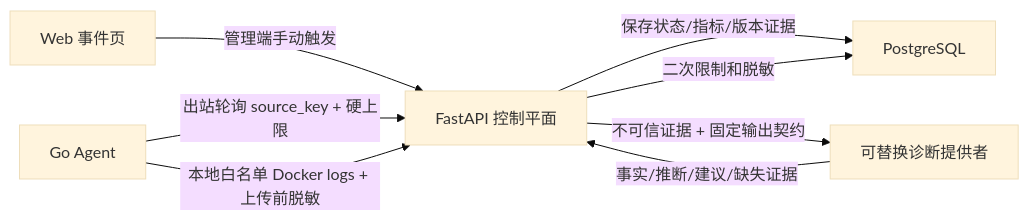
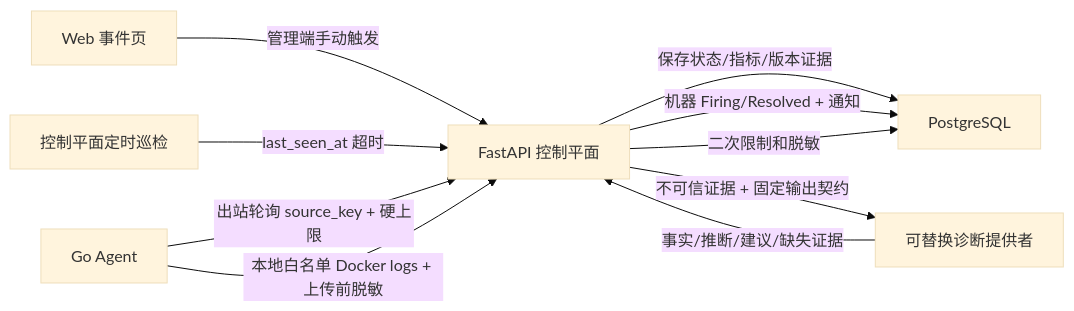
Before and after one commit to ymasout/VPS-Agent: the second of 3 diagrams in docs/ARCHITECTURE.md, drawn with Mermaid (base theme). The commit also changed other lines of this file and 24 other files, not shown here.

````diff
--- a/docs/ARCHITECTURE.md
+++ b/docs/ARCHITECTURE.md
@@ -121,10 +121,12 @@
 ```mermaid
 flowchart LR
   W["Web 事件页"] -->|"管理端手动触发"| C["FastAPI 控制平面"]
   C -->|"保存状态/指标/版本证据"| P["PostgreSQL"]
+  T["控制平面定时巡检"] -->|"last_seen_at 超时"| C
+  C -->|"机器 Firing/Resolved + 通知"| P
   A["Go Agent"] -->|"出站轮询 source_key + 硬上限"| C
   A -->|"本地白名单 Docker logs + 上传前脱敏"| C
   C -->|"二次限制和脱敏"| P
   C -->|"不可信证据 + 固定输出契约"| D["可替换诊断提供者"]
   D -->|"事实/推断/建议/缺失证据"| C
 ```
````
